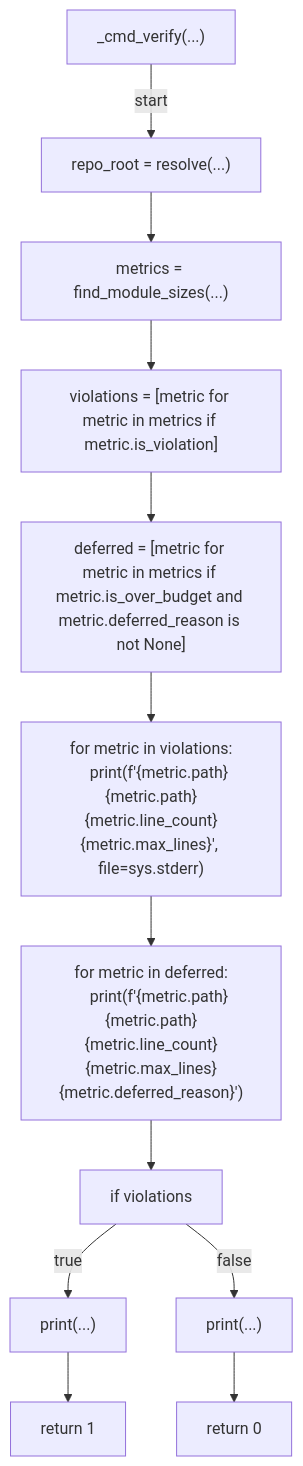
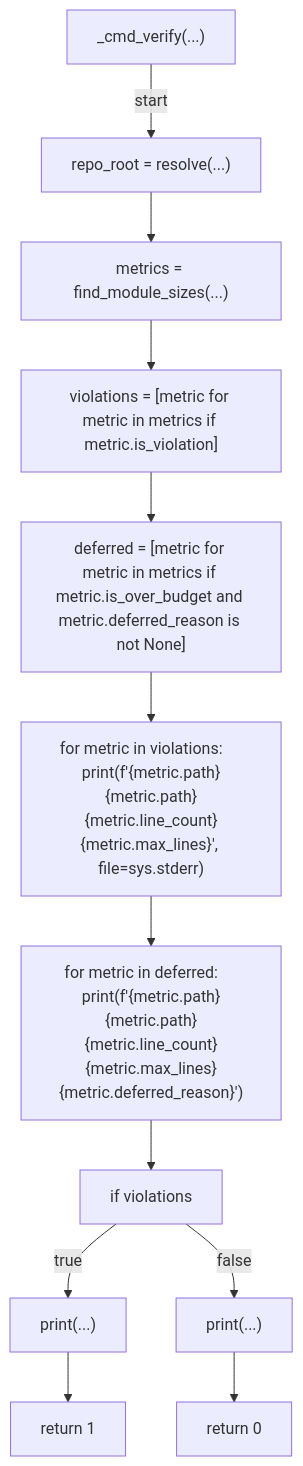
The sixth of 7 diagrams in docs/generated/scripts/ast/scan_maintainability_metrics.md (tvna/claude-md), drawn with Mermaid before and after one commit. The commit also changed other lines of this file and 29 other files, not shown here.

First line of the commit message:
docs(generated): regenerate decision tree and workflow diagrams (batch 3/5)

````diff
--- a/docs/generated/scripts/ast/scan_maintainability_metrics.md
+++ b/docs/generated/scripts/ast/scan_maintainability_metrics.md
@@ -64,28 +62,26 @@
 ```mermaid
 flowchart TD
     N001["_cmd_verify(...)"]
     N002["repo_root = resolve(...)"]
     N003["metrics = find_module_sizes(...)"]
     N004["violations = [metric for metric in metrics if metric.is_violation]"]
     N005["deferred = [metric for metric in metrics if metric.is_over_budget and metric.deferred_reason is not None]"]
-    N006["for metric in violations:
-    print(f'<str>{metric.path}<str>{metric.path}<str>{metric.line_count}<str>{metric.max_lines}<str>', file=sys.stderr)"]
-    N007["for metric in deferred:
-    print(f'<str>{metric.path}<str>{metric.path}<str>{metric.line_count}<str>{metric.max_lines}<str>{metric.deferred_reason}<str>')"]
+    N006["for metric in violations:     print(f'<str>{metric.path}<str>{metric.path}<str>{metric.line_count}<str>{metric.max_lines}<str>', file=sys.stderr)"]
+    N007["for metric in deferred:     print(f'<str>{metric.path}<str>{metric.path}<str>{metric.line_count}<str>{metric.max_lines}<str>{metric.deferred_reason}<str>')"]
     N008["if violations"]
     N009["print(...)"]
     N010["return 1"]
     N011["print(...)"]
     N012["return 0"]
     N001 -->|"start"| N002
     N002 --> N003
     N003 --> N004
     N004 --> N005
     N005 --> N006
     N006 --> N007
     N007 --> N008
     N008 -->|"true"| N009
     N009 --> N010
     N008 -->|"false"| N011
     N011 --> N012
 ```
````
